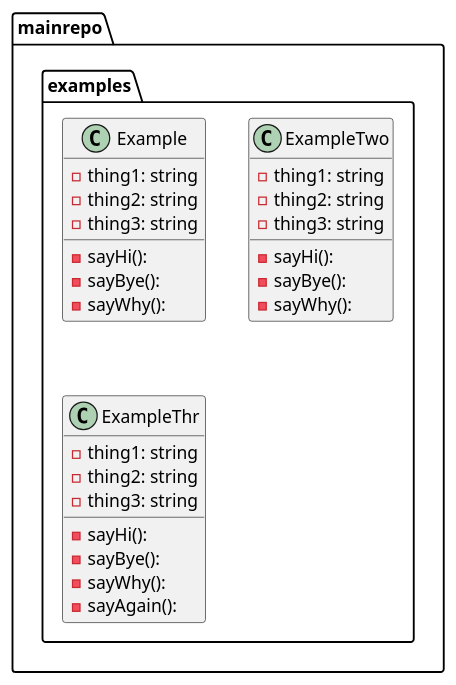
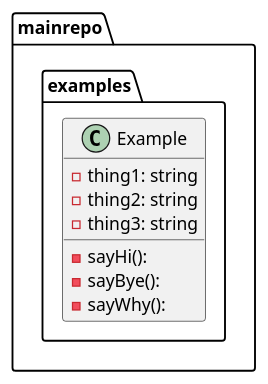
The diagram in graph.puml (tbal999/pumlaction), drawn with PlantUML before and after one commit. The commit also changed 1 other file, not shown here.

```diff
--- a/graph.puml
+++ b/graph.puml
@@ -1,34 +1,13 @@
 @startuml
 package ...mainrepo.examples{
 class Example {
 -thing1: string
 -thing2: string
 -thing3: string
 -sayHi(): 
 -sayBye(): 
 -sayWhy(): 
 }
 }
-package ...mainrepo.examples{
-class ExampleTwo {
--thing1: string
--thing2: string
--thing3: string
--sayHi(): 
--sayBye(): 
--sayWhy(): 
-}
-}
-package ...mainrepo.examples{
-class ExampleThr {
--thing1: string
--thing2: string
--thing3: string
--sayHi(): 
--sayBye(): 
--sayWhy(): 
--sayAgain(): 
-}
-}
 
 @enduml
```
